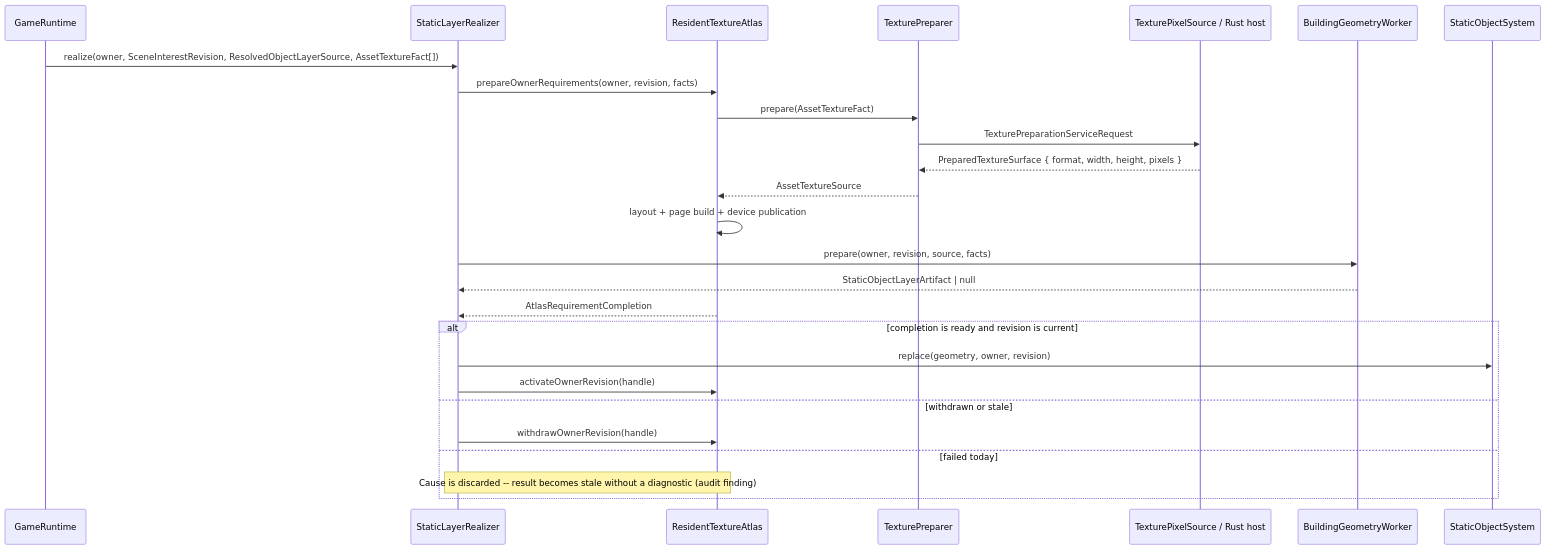
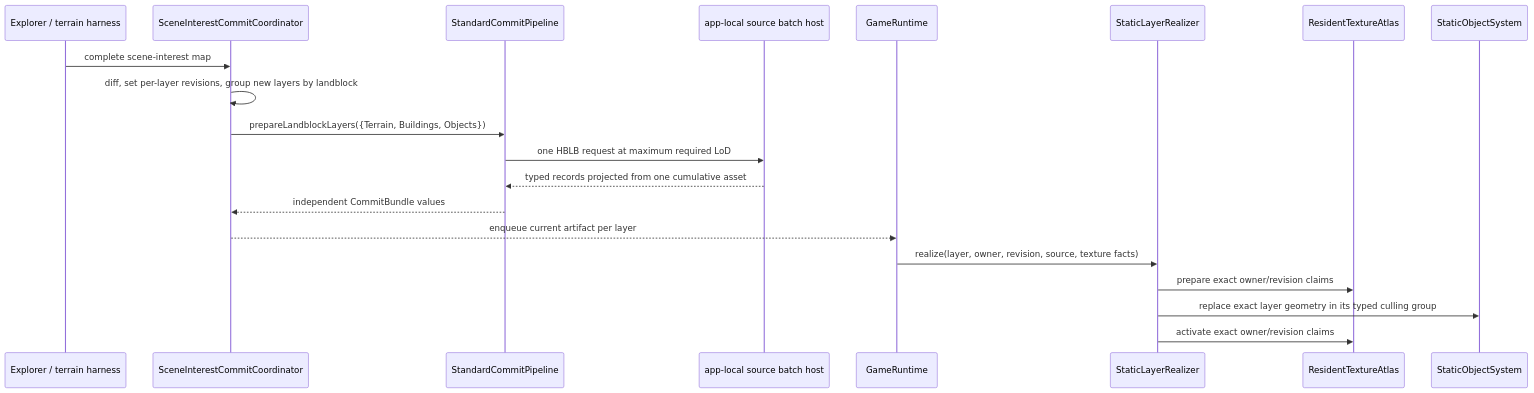
One commit to merklejerk/holtburger changed the diagram in apps/holtburger-3d/ARCHITECTURE_AUDIT.md. Above: the diagram before and after it, drawn with Mermaid. The commit also changed other lines of this file and 2 other files, not shown here.

First line of the commit message:
docs(3d): close explicit objects layer plan

````diff
--- a/apps/holtburger-3d/ARCHITECTURE_AUDIT.md
+++ b/apps/holtburger-3d/ARCHITECTURE_AUDIT.md
@@ -86,29 +30,23 @@
 ```mermaid
 sequenceDiagram
+    participant Interest as Explorer / terrain harness
+    participant Coordinator as SceneInterestCommitCoordinator
+    participant Pipeline as StandardCommitPipeline
+    participant Host as app-local source batch host
     participant Runtime as GameRuntime
     participant Realizer as StaticLayerRealizer
     participant Atlas as ResidentTextureAtlas
-    participant Prep as TexturePreparer
-    participant Host as TexturePixelSource / Rust host
-    participant Geometry as BuildingGeometryWorker
-    participant Static as StaticObjectSystem
+    participant Scene as StaticObjectSystem
 
-    Runtime->>Realizer: realize(owner, SceneInterestRevision, ResolvedObjectLayerSource, AssetTextureFact[])
-    Realizer->>Atlas: prepareOwnerRequirements(owner, revision, facts)
-    Atlas->>Prep: prepare(AssetTextureFact)
-    Prep->>Host: TexturePreparationServiceRequest
-    Host-->>Prep: PreparedTextureSurface { format, width, height, pixels }
-    Prep-->>Atlas: AssetTextureSource
-    Atlas->>Atlas: layout + page build + device publication
-    Realizer->>Geometry: prepare(owner, revision, source, facts)
-    Geometry-->>Realizer: StaticObjectLayerArtifact | null
-    Atlas-->>Realizer: AtlasRequirementCompletion
-    alt completion is ready and revision is current
-        Realizer->>Static: replace(geometry, owner, revision)
-        Realizer->>Atlas: activateOwnerRevision(handle)
-    else withdrawn or stale
-        Realizer->>Atlas: withdrawOwnerRevision(handle)
-    else failed today
-        Note over Atlas,Realizer: Cause is discarded -- result becomes stale without a diagnostic (audit finding)
-    end
+    Interest->>Coordinator: complete scene-interest map
+    Coordinator->>Coordinator: diff, set per-layer revisions, group new layers by landblock
+    Coordinator->>Pipeline: prepareLandblockLayers({Terrain, Buildings, Objects})
+    Pipeline->>Host: one HBLB request at maximum required LoD
+    Host-->>Pipeline: typed records projected from one cumulative asset
+    Pipeline-->>Coordinator: independent CommitBundle values
+    Coordinator-->>Runtime: enqueue current artifact per layer
+    Runtime->>Realizer: realize(layer, owner, revision, source, texture facts)
+    Realizer->>Atlas: prepare exact owner/revision claims
+    Realizer->>Scene: replace exact layer geometry in its typed culling group
+    Realizer->>Atlas: activate exact owner/revision claims
 ```
````
